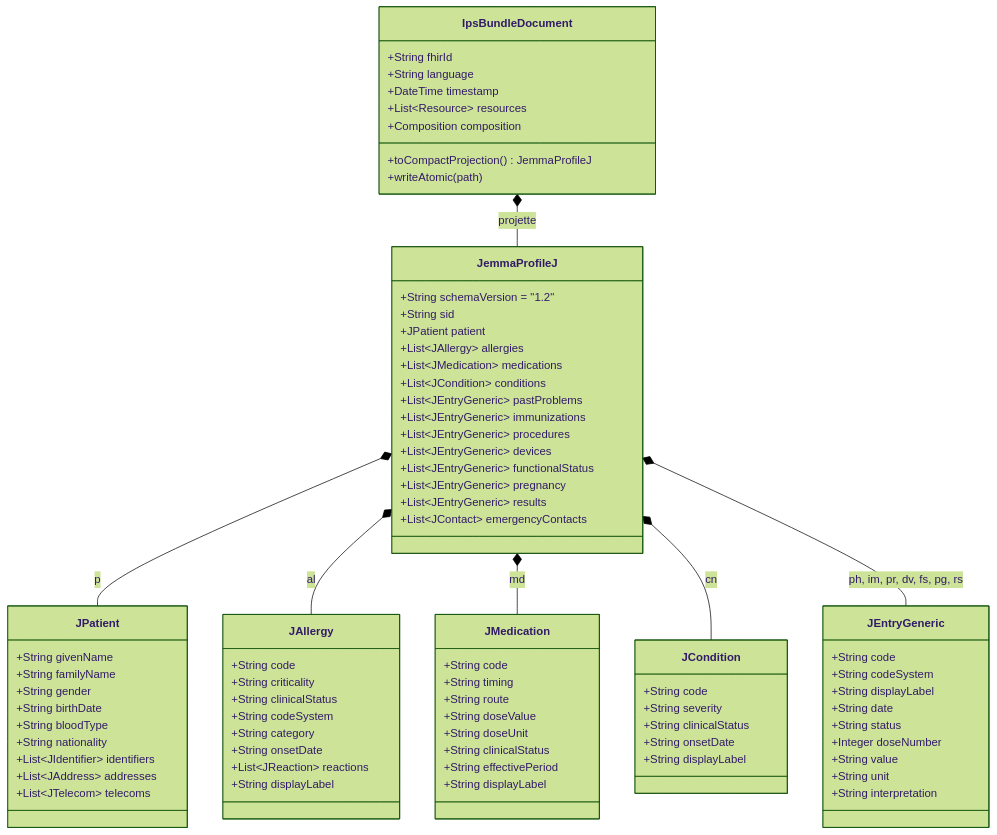
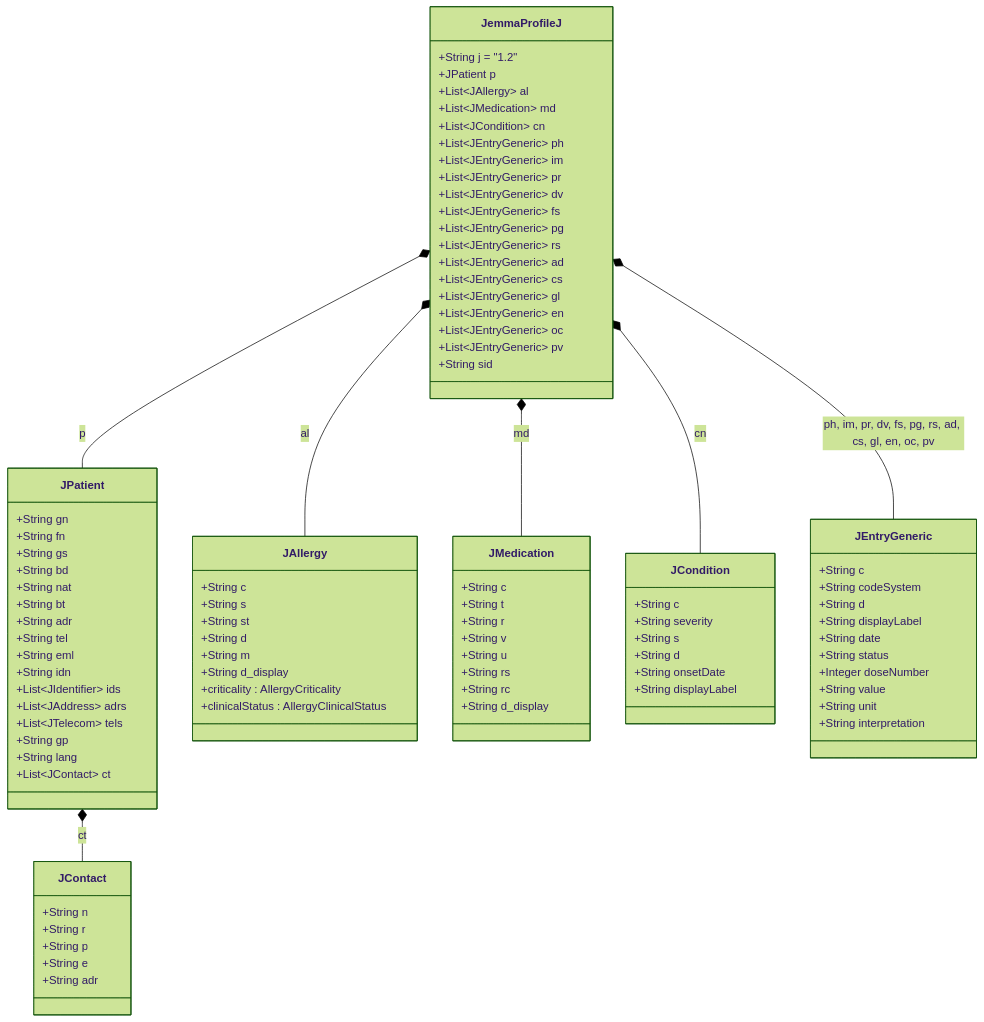
Before and after one commit to kurodohenroonsen/JemmaPass: the fifth of 21 diagrams in docs/DOCUMENTATION_UML_FONCTIONNELLE.md, drawn with Mermaid (forest theme). The commit also changed other lines of this file and 1 other file, not shown here.

First line of the commit message:
docs: correct UML documentation and iOS specifications against codebase reality

````diff
--- a/docs/DOCUMENTATION_UML_FONCTIONNELLE.md
+++ b/docs/DOCUMENTATION_UML_FONCTIONNELLE.md
@@ -190,77 +221,89 @@
 ```mermaid
 classDiagram
-    class IpsBundleDocument {
-        +String fhirId
-        +String language
-        +DateTime timestamp
-        +List~Resource~ resources
-        +Composition composition
-        +toCompactProjection() JemmaProfileJ
-        +writeAtomic(path)
-    }
-
     class JemmaProfileJ {
-        +String schemaVersion = "1.2"
+        +String j = "1.2"
+        +JPatient p
+        +List~JAllergy~ al
+        +List~JMedication~ md
+        +List~JCondition~ cn
+        +List~JEntryGeneric~ ph
+        +List~JEntryGeneric~ im
+        +List~JEntryGeneric~ pr
+        +List~JEntryGeneric~ dv
+        +List~JEntryGeneric~ fs
+        +List~JEntryGeneric~ pg
+        +List~JEntryGeneric~ rs
+        +List~JEntryGeneric~ ad
+        +List~JEntryGeneric~ cs
+        +List~JEntryGeneric~ gl
+        +List~JEntryGeneric~ en
+        +List~JEntryGeneric~ oc
+        +List~JEntryGeneric~ pv
         +String sid
-        +JPatient patient
-        +List~JAllergy~ allergies
-        +List~JMedication~ medications
-        +List~JCondition~ conditions
-        +List~JEntryGeneric~ pastProblems
-        +List~JEntryGeneric~ immunizations
-        +List~JEntryGeneric~ procedures
-        +List~JEntryGeneric~ devices
-        +List~JEntryGeneric~ functionalStatus
-        +List~JEntryGeneric~ pregnancy
-        +List~JEntryGeneric~ results
-        +List~JContact~ emergencyContacts
     }
 
     class JPatient {
-        +String givenName
-        +String familyName
-        +String gender
-        +String birthDate
-        +String bloodType
-        +String nationality
-        +List~JIdentifier~ identifiers
-        +List~JAddress~ addresses
-        +List~JTelecom~ telecoms
+        +String gn
+        +String fn
+        +String gs
+        +String bd
+        +String nat
+        +String bt
+        +String adr
+        +String tel
+        +String eml
+        +String idn
+        +List~JIdentifier~ ids
+        +List~JAddress~ adrs
+        +List~JTelecom~ tels
+        +String gp
+        +String lang
+        +List~JContact~ ct
+    }
+
+    class JContact {
+        +String n
+        +String r
+        +String p
+        +String e
+        +String adr
     }
 
     class JAllergy {
-        +String code
-        +String criticality
-        +String clinicalStatus
-        +String codeSystem
-        +String category
-        +String onsetDate
-        +List~JReaction~ reactions
-        +String displayLabel
+        +String c
+        +String s
+        +String st
+        +String d
+        +String m
+        +String d_display
+        +criticality : AllergyCriticality
+        +clinicalStatus : AllergyClinicalStatus
     }
 
     class JMedication {
-        +String code
-        +String timing
-        +String route
-        +String doseValue
-        +String doseUnit
-        +String clinicalStatus
-        +String effectivePeriod
-        +String displayLabel
+        +String c
+        +String t
+        +String r
+        +String v
+        +String u
+        +String rs
+        +String rc
+        +String d_display
     }
 
     class JCondition {
-        +String code
+        +String c
         +String severity
-        +String clinicalStatus
+        +String s
+        +String d
         +String onsetDate
         +String displayLabel
     }
 
     class JEntryGeneric {
-        +String code
+        +String c
         +String codeSystem
+        +String d
         +String displayLabel
         +String date
         +String status
@@ -270,10 +313,10 @@
         +String interpretation
     }
 
-    IpsBundleDocument *-- JemmaProfileJ : projette
     JemmaProfileJ *-- JPatient : p
+    JPatient *-- JContact : ct
     JemmaProfileJ *-- JAllergy : al
     JemmaProfileJ *-- JMedication : md
     JemmaProfileJ *-- JCondition : cn
-    JemmaProfileJ *-- JEntryGeneric : ph, im, pr, dv, fs, pg, rs
+    JemmaProfileJ *-- JEntryGeneric : ph, im, pr, dv, fs, pg, rs, ad, cs, gl, en, oc, pv
 ```
````
